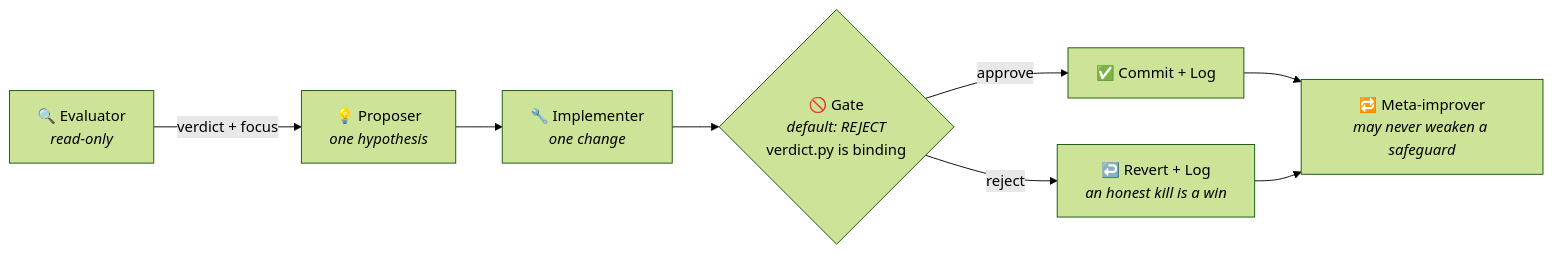
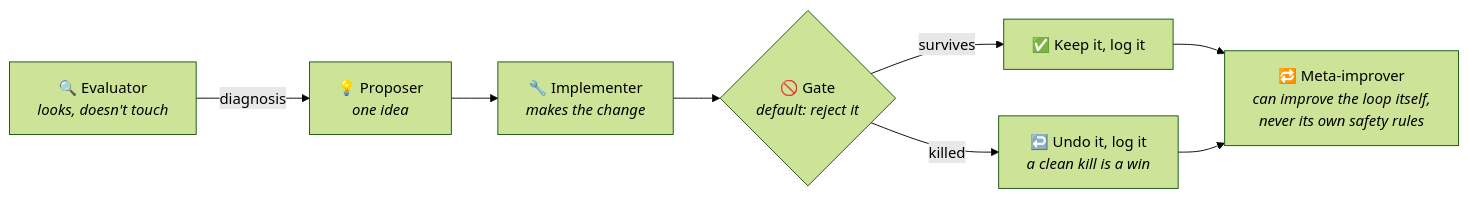
Before and after one commit to mboss37/selfsmith: the diagram in README.md, drawn with Mermaid (forest theme). The commit also changed other lines of this file and 2 other files, not shown here.

````diff
--- a/README.md
+++ b/README.md
@@ -55,10 +91,10 @@
 ```mermaid
 flowchart LR
-    E["🔍 Evaluator<br/><i>read-only</i>"] -->|verdict + focus| P["💡 Proposer<br/><i>one hypothesis</i>"]
-    P --> I["🔧 Implementer<br/><i>one change</i>"]
-    I --> G{"🚫 Gate<br/><i>default: REJECT</i><br/>verdict.py is binding"}
-    G -->|approve| C["✅ Commit + Log"]
-    G -->|reject| R["↩️ Revert + Log<br/><i>an honest kill is a win</i>"]
-    C --> M["🔁 Meta-improver<br/><i>may never weaken a safeguard</i>"]
+    E["🔍 Evaluator<br/><i>looks, doesn't touch</i>"] -->|diagnosis| P["💡 Proposer<br/><i>one idea</i>"]
+    P --> I["🔧 Implementer<br/><i>makes the change</i>"]
+    I --> G{"🚫 Gate<br/><i>default: reject it</i>"}
+    G -->|survives| C["✅ Keep it, log it"]
+    G -->|killed| R["↩️ Undo it, log it<br/><i>a clean kill is a win</i>"]
+    C --> M["🔁 Meta-improver<br/><i>can improve the loop itself,<br/>never its own safety rules</i>"]
     R --> M
 ```
````
